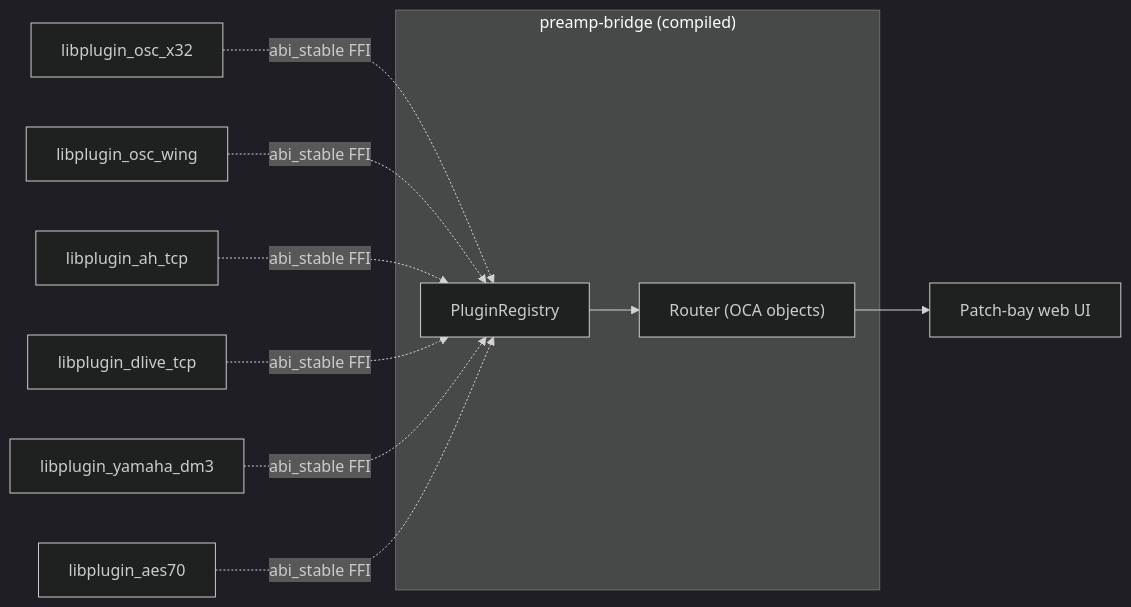
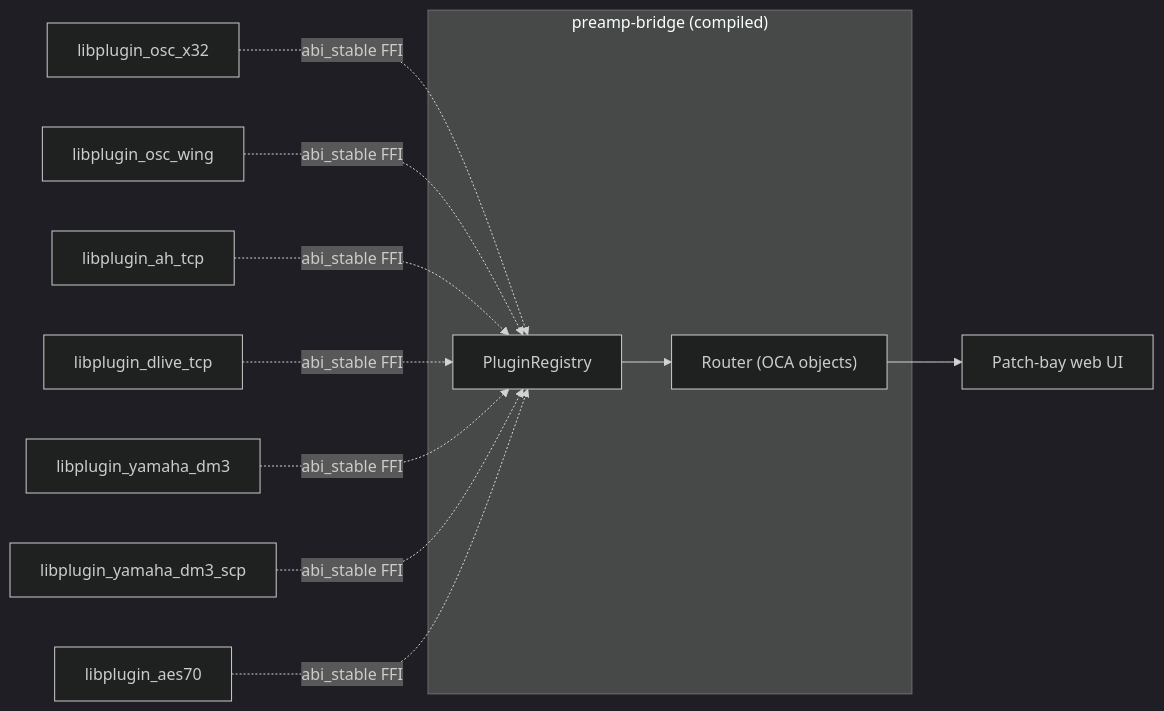
One commit to stoatworks-labs/Dante-BabelBox changed the second of 2 diagrams in README.md. Above: the diagram before and after it, drawn with Mermaid (dark theme). The commit also changed other lines of this file and 14 other files, not shown here.

````diff
--- a/README.md
+++ b/README.md
@@ -229,14 +233,15 @@
 ```mermaid
 flowchart LR
     subgraph Host["preamp-bridge (compiled)"]
         Reg["PluginRegistry"]
         Reg --> Router
     end
     X32["libplugin_osc_x32"] -. abi_stable FFI .-> Reg
     Wing["libplugin_osc_wing"] -. abi_stable FFI .-> Reg
     Ahm["libplugin_ah_tcp"] -. abi_stable FFI .-> Reg
     Dlive["libplugin_dlive_tcp"] -. abi_stable FFI .-> Reg
     Dm3["libplugin_yamaha_dm3"] -. abi_stable FFI .-> Reg
+    Dm3Scp["libplugin_yamaha_dm3_scp"] -. abi_stable FFI .-> Reg
     Aes70["libplugin_aes70"] -. abi_stable FFI .-> Reg
     Router["Router (OCA objects)"] --> Web["Patch-bay web UI"]
 ```
````
